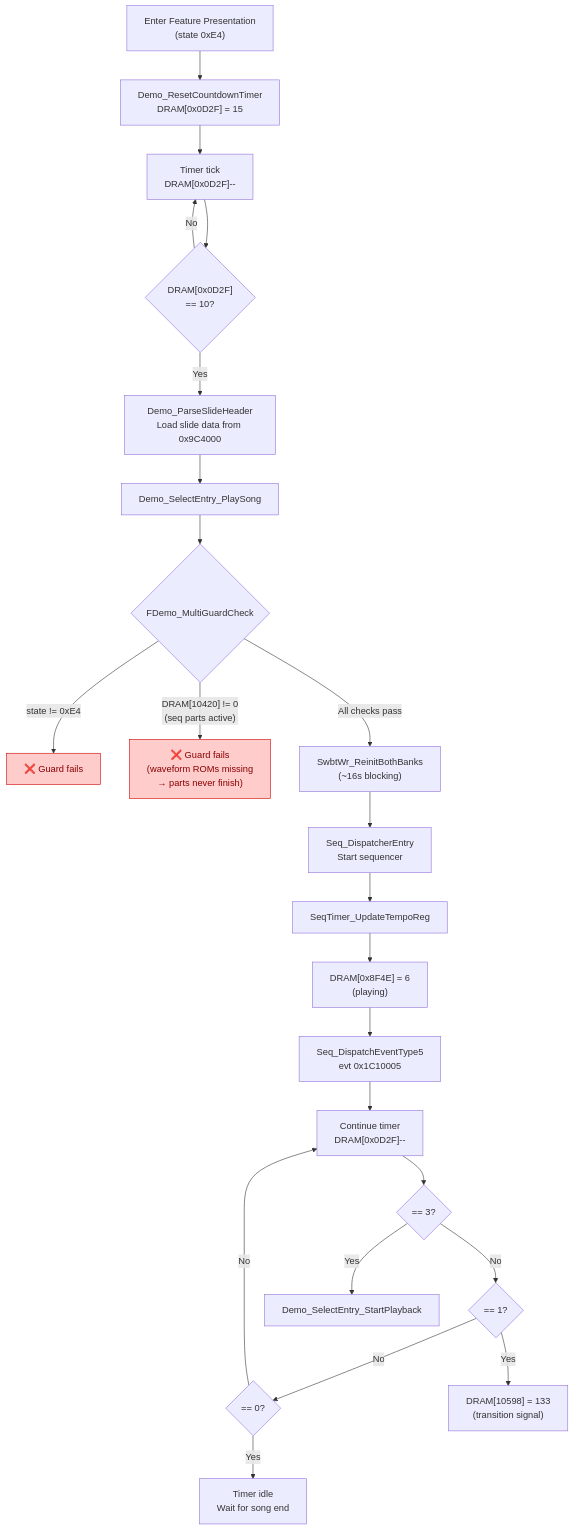
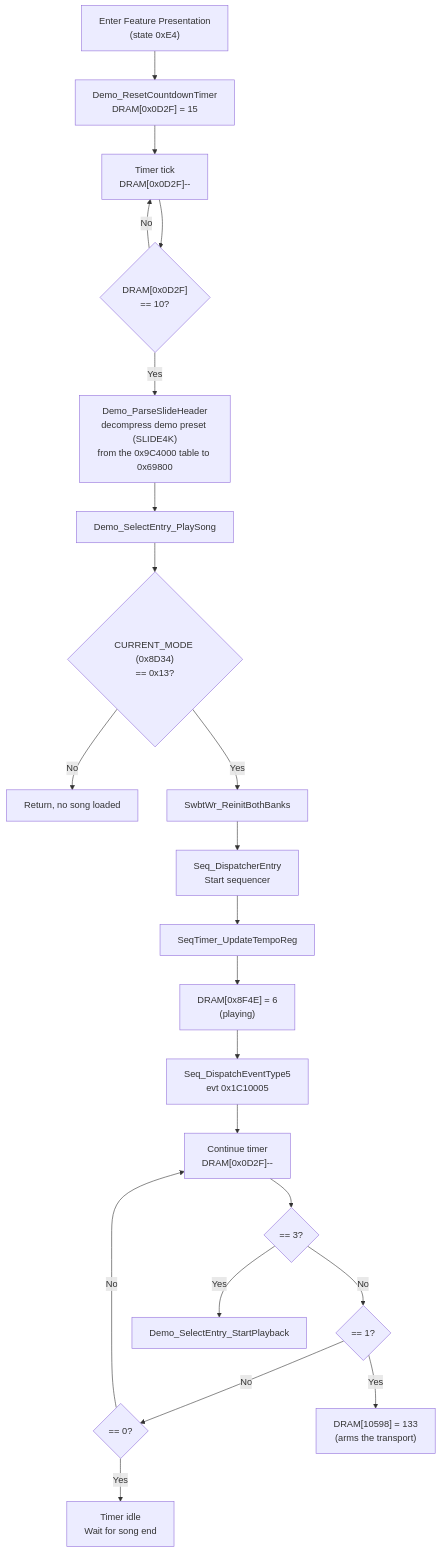
One commit to ArqueologiaDigital/technics-docs changed the third of 13 diagrams in ssf-presentation.md. Above: the diagram before and after it, drawn with Mermaid. The commit also changed other lines of this file and 3 other files, not shown here.

````diff
--- a/ssf-presentation.md
+++ b/ssf-presentation.md
@@ -219,27 +220,26 @@
 ```mermaid
 flowchart TD
     START["Enter Feature Presentation<br/>(state 0xE4)"] --> RESET["Demo_ResetCountdownTimer<br/>DRAM[0x0D2F] = 15"]
     RESET --> TICK["Timer tick<br/>DRAM[0x0D2F]--"]
     TICK --> CHK15{"DRAM[0x0D2F]<br/>== 10?"}
     CHK15 -- "No" --> TICK
-    CHK15 -- "Yes" --> PARSE["Demo_ParseSlideHeader<br/>Load slide data from 0x9C4000"]
+    CHK15 -- "Yes" --> PARSE["Demo_ParseSlideHeader<br/>decompress demo preset (SLIDE4K)<br/>from the 0x9C4000 table to 0x69800"]
     PARSE --> PLAY["Demo_SelectEntry_PlaySong"]
-    PLAY --> GUARD{"FDemo_MultiGuardCheck"}
-    GUARD -- "state != 0xE4" --> GUARD_FAIL["❌ Guard fails"]:::failnode
-    GUARD -- "DRAM[10420] != 0<br/>(seq parts active)" --> GUARD_FAIL2["❌ Guard fails<br/>(waveform ROMs missing<br/>→ parts never finish)"]:::failnode
-    GUARD -- "All checks pass" --> SWBT["SwbtWr_ReinitBothBanks<br/>(~16s blocking)"]
+    PLAY --> GUARD{"CURRENT_MODE (0x8D34)<br/>== 0x13?"}
+    GUARD -- "No" --> GUARD_FAIL["Return, no song loaded"]
+    GUARD -- "Yes" --> SWBT["SwbtWr_ReinitBothBanks"]
     SWBT --> SEQ["Seq_DispatcherEntry<br/>Start sequencer"]
     SEQ --> TEMPO["SeqTimer_UpdateTempoReg"]
     TEMPO --> PLAYING["DRAM[0x8F4E] = 6<br/>(playing)"]
     PLAYING --> EVT5["Seq_DispatchEventType5<br/>evt 0x1C10005"]
     EVT5 --> NEXT_TICK["Continue timer<br/>DRAM[0x0D2F]--"]
     NEXT_TICK --> CHK3{"== 3?"}
     CHK3 -- "No" --> CHK1{"== 1?"}
     CHK3 -- "Yes" --> STARTPB["Demo_SelectEntry_StartPlayback"]
     CHK1 -- "No" --> CHK0{"== 0?"}
-    CHK1 -- "Yes" --> SIG["DRAM[10598] = 133<br/>(transition signal)"]
+    CHK1 -- "Yes" --> SIG["DRAM[10598] = 133<br/>(arms the transport)"]
     CHK0 -- "No" --> NEXT_TICK
     CHK0 -- "Yes" --> IDLE["Timer idle<br/>Wait for song end"]
 
     classDef failnode fill:#fcc,stroke:#c00,color:#800
 ```
````
